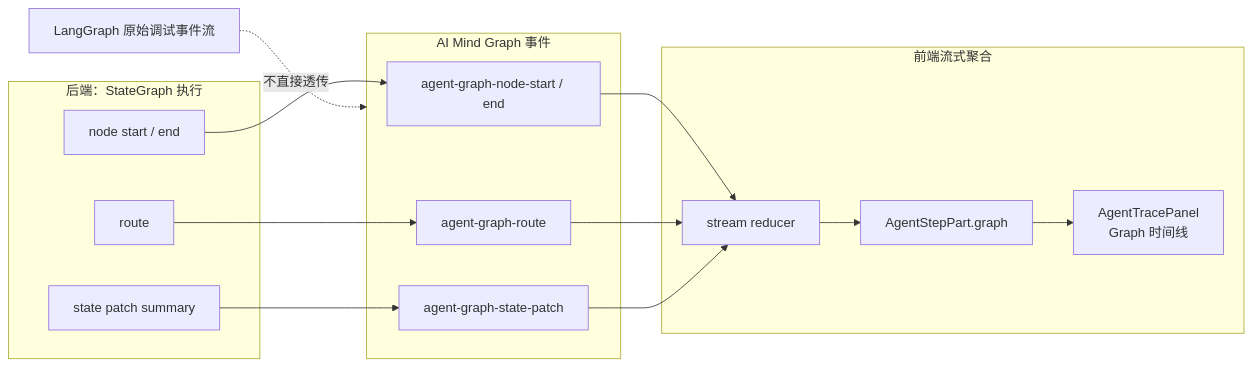
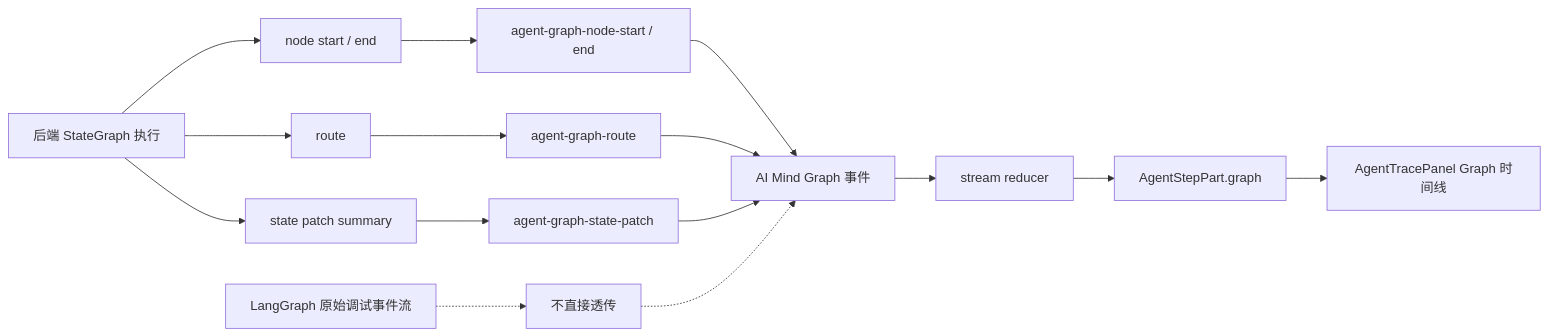
Before and after one commit to HWYD/ai-mind: the third of 3 diagrams in docs/blogs/blog-2026-06-11-v0.2.0-controlled-agent-graph.md, drawn with Mermaid. The commit also changed other lines of this file and 100 other files, not shown here.

````diff
--- a/docs/blogs/blog-2026-06-11-v0.2.0-controlled-agent-graph.md
+++ b/docs/blogs/blog-2026-06-11-v0.2.0-controlled-agent-graph.md
@@ -1337,31 +1348,34 @@
 ```mermaid
-flowchart LR
-    subgraph Exec["后端：StateGraph 执行"]
-        N["node start / end"]
-        R["route"]
-        P["state patch summary"]
-    end
+graph LR
+    Exec["后端 StateGraph 执行"]
+    N["node start / end"]
+    R["route"]
+    P["state patch summary"]
 
-    subgraph Events["AI Mind Graph 事件"]
-        E1["agent-graph-node-start / end"]
-        E2["agent-graph-route"]
-        E3["agent-graph-state-patch"]
-    end
+    Events["AI Mind Graph 事件"]
+    E1["agent-graph-node-start / end"]
+    E2["agent-graph-route"]
+    E3["agent-graph-state-patch"]
 
-    subgraph Frontend["前端流式聚合"]
-        Reducer["stream reducer"]
-        Part["AgentStepPart.graph"]
-        Panel["AgentTracePanel<br/>Graph 时间线"]
-    end
+    Reducer["stream reducer"]
+    Part["AgentStepPart.graph"]
+    Panel["AgentTracePanel Graph 时间线"]
 
+    Exec --> N
+    Exec --> R
+    Exec --> P
     N --> E1
     R --> E2
     P --> E3
-    E1 --> Reducer
-    E2 --> Reducer
-    E3 --> Reducer
+    E1 --> Events
+    E2 --> Events
+    E3 --> Events
+    Events --> Reducer
     Reducer --> Part
     Part --> Panel
 
-    Raw["LangGraph 原始调试事件流"] -. "不直接透传" .-> Events
+    Raw["LangGraph 原始调试事件流"]
+    No["不直接透传"]
+    Raw -.-> No
+    No -.-> Events
 ```
````
